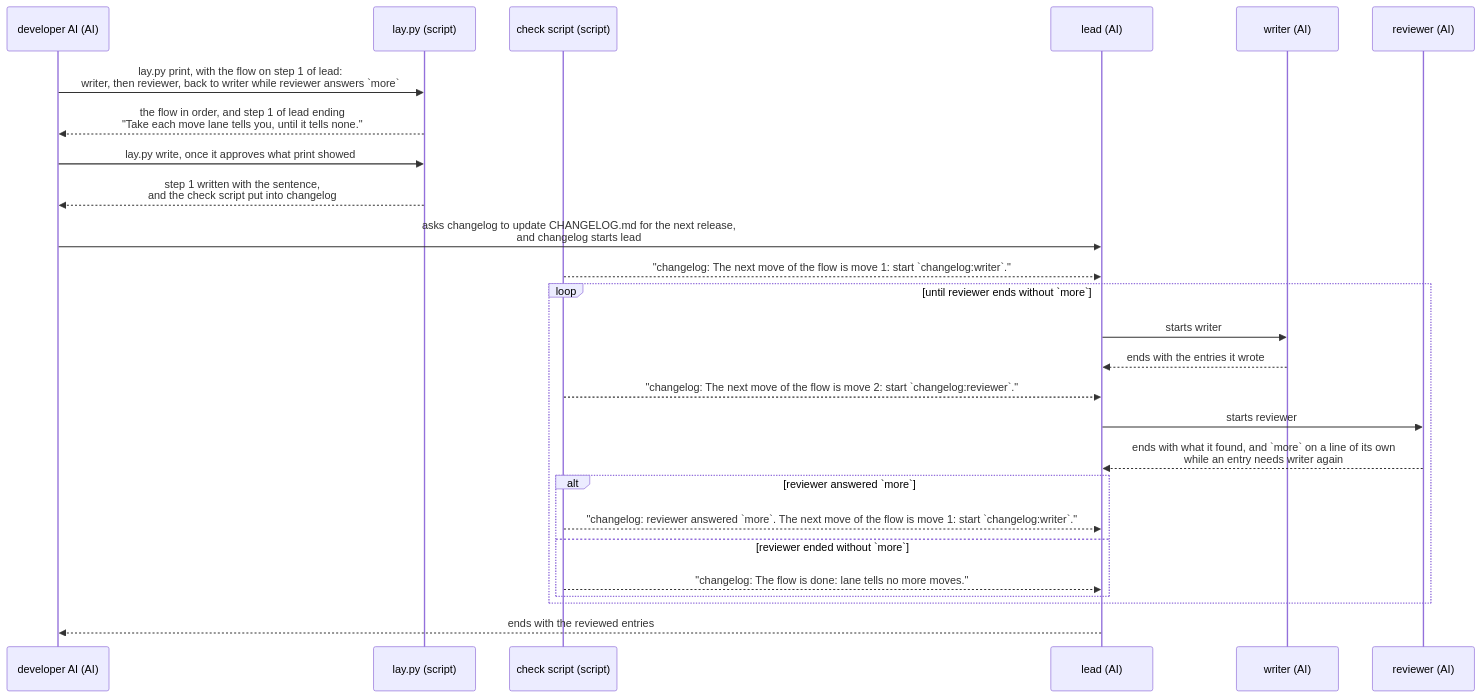
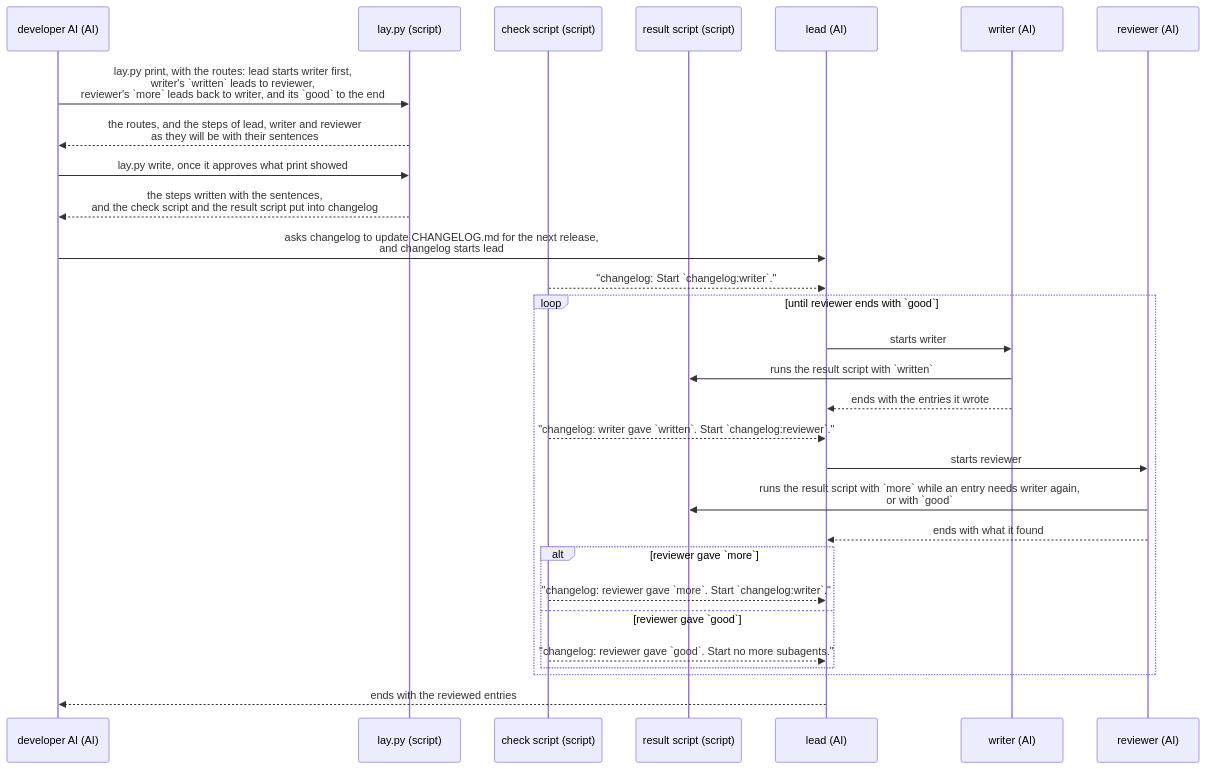
Before and after one commit to lovaizu/ccpm: the second of 2 diagrams in dev/lane/ux.md, drawn with Mermaid. The commit also changed other lines of this file and 2 other files, not shown here.

First line of the commit message:
lane's UX on the settled shape: routes from a subagent's result to the next in place of the flow, a result given by the result script Lane puts in, and writer's commands named by what may run

````diff
--- a/dev/lane/ux.md
+++ b/dev/lane/ux.md
@@ -62,28 +67,31 @@
 ```mermaid
 sequenceDiagram
   participant A as developer AI (AI)
   participant L as lay.py (script)
   participant K as check script (script)
+  participant S as result script (script)
   participant O as lead (AI)
   participant W as writer (AI)
   participant R as reviewer (AI)
-  A->>L: lay.py print, with the flow on step 1 of lead:<br>writer, then reviewer, back to writer while reviewer answers `more`
-  L-->>A: the flow in order, and step 1 of lead ending<br>"Take each move lane tells you, until it tells none."
+  A->>L: lay.py print, with the routes: lead starts writer first,<br>writer's `written` leads to reviewer,<br>reviewer's `more` leads back to writer, and its `good` to the end
+  L-->>A: the routes, and the steps of lead, writer and reviewer<br>as they will be with their sentences
   A->>L: lay.py write, once it approves what print showed
-  L-->>A: step 1 written with the sentence,<br>and the check script put into changelog
+  L-->>A: the steps written with the sentences,<br>and the check script and the result script put into changelog
   A->>O: asks changelog to update CHANGELOG.md for the next release,<br>and changelog starts lead
-  K-->>O: "changelog: The next move of the flow is move 1: start `changelog:writer`."
-  loop until reviewer ends without `more`
+  K-->>O: "changelog: Start `changelog:writer`."
+  loop until reviewer ends with `good`
     O->>W: starts writer
+    W->>S: runs the result script with `written`
     W-->>O: ends with the entries it wrote
-    K-->>O: "changelog: The next move of the flow is move 2: start `changelog:reviewer`."
+    K-->>O: "changelog: writer gave `written`. Start `changelog:reviewer`."
     O->>R: starts reviewer
-    R-->>O: ends with what it found, and `more` on a line of its own<br>while an entry needs writer again
-    alt reviewer answered `more`
-      K-->>O: "changelog: reviewer answered `more`. The next move of the flow is move 1: start `changelog:writer`."
-    else reviewer ended without `more`
-      K-->>O: "changelog: The flow is done: lane tells no more moves."
+    R->>S: runs the result script with `more` while an entry needs writer again,<br>or with `good`
+    R-->>O: ends with what it found
+    alt reviewer gave `more`
+      K-->>O: "changelog: reviewer gave `more`. Start `changelog:writer`."
+    else reviewer gave `good`
+      K-->>O: "changelog: reviewer gave `good`. Start no more subagents."
     end
   end
   O-->>A: ends with the reviewed entries
 ```
````
